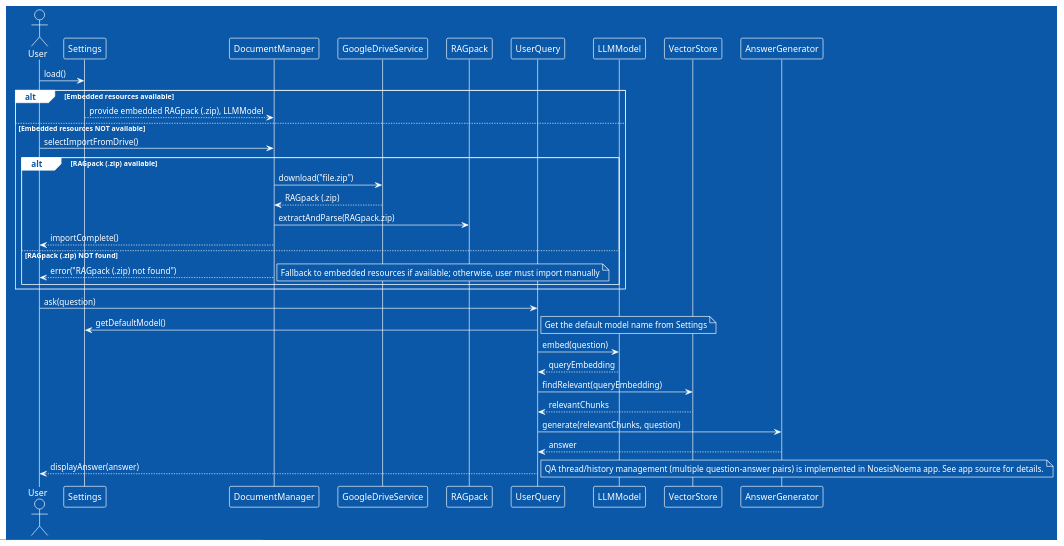
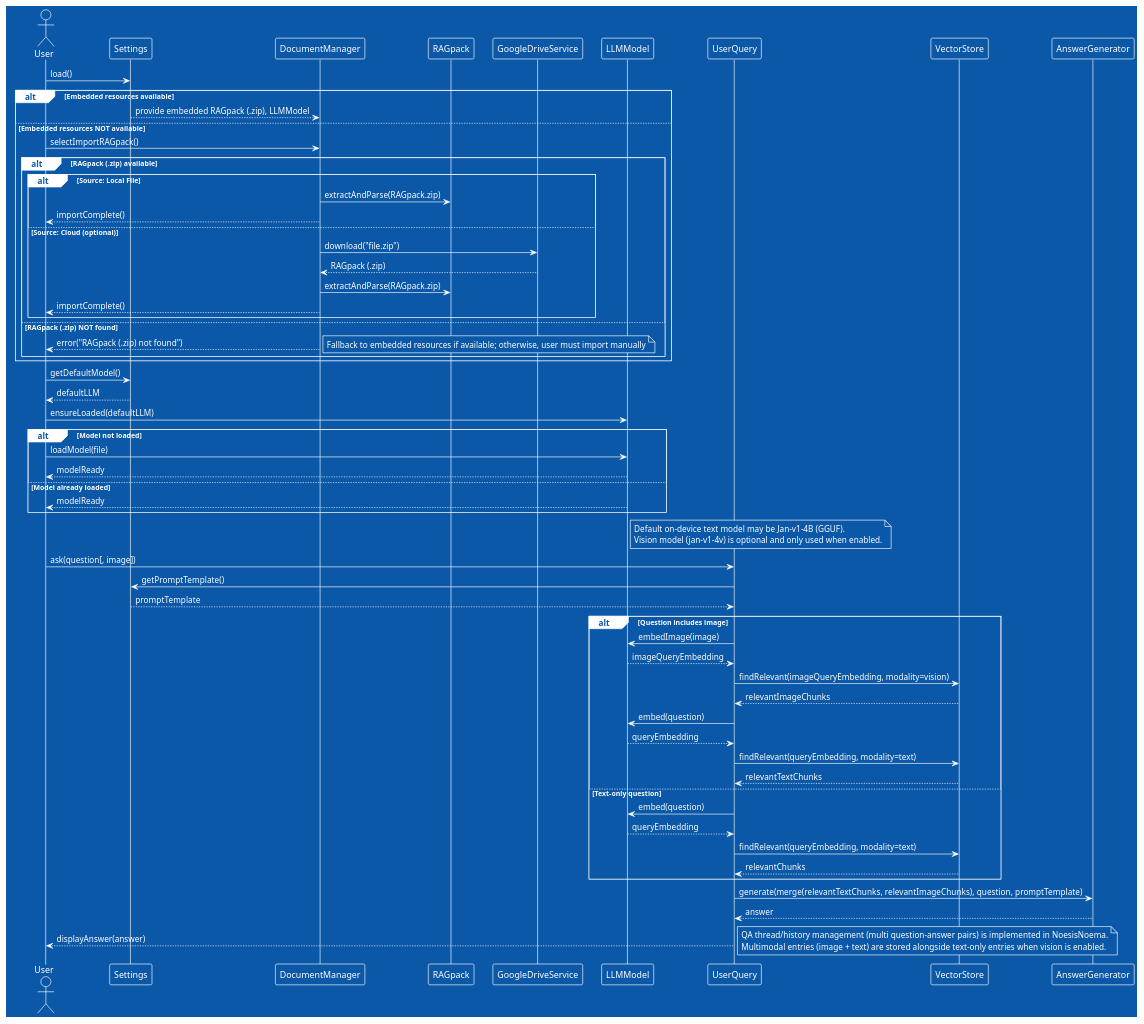
The diagram in docs/uml/SequenceDiagram.puml (raskolnikoff/RAGfish), drawn with PlantUML before and after one commit. The commit also changed 15 other files, not shown here.

```diff
--- a/docs/uml/SequenceDiagram.puml
+++ b/docs/uml/SequenceDiagram.puml
@@ -1,36 +1,69 @@
 @startuml
 !theme amiga
 actor User
 
 User -> Settings : load()
 alt Embedded resources available
     Settings --> DocumentManager : provide embedded RAGpack (.zip), LLMModel
 else Embedded resources NOT available
-    User -> DocumentManager : selectImportFromDrive()
+    User -> DocumentManager : selectImportRAGpack()
 
     alt RAGpack (.zip) available
-        DocumentManager -> GoogleDriveService : download("file.zip")
-        GoogleDriveService --> DocumentManager : RAGpack (.zip)
-        DocumentManager -> RAGpack : extractAndParse(RAGpack.zip)
-        DocumentManager --> User : importComplete()
+        alt Source: Local File
+            DocumentManager -> RAGpack : extractAndParse(RAGpack.zip)
+            DocumentManager --> User : importComplete()
+        else Source: Cloud (optional)
+            DocumentManager -> GoogleDriveService : download("file.zip")
+            GoogleDriveService --> DocumentManager : RAGpack (.zip)
+            DocumentManager -> RAGpack : extractAndParse(RAGpack.zip)
+            DocumentManager --> User : importComplete()
+        end
     else RAGpack (.zip) NOT found
         DocumentManager --> User : error("RAGpack (.zip) not found")
         note right: Fallback to embedded resources if available; otherwise, user must import manually
     end
 end
 
-User -> UserQuery : ask(question)
-UserQuery -> Settings : getDefaultModel()
-note right: Get the default model name from Settings
-UserQuery -> LLMModel : embed(question)
-LLMModel --> UserQuery : queryEmbedding
+' Ensure LLM model is ready (default text model, optional vision model)
+User -> Settings : getDefaultModel()
+Settings --> User : defaultLLM
+User -> LLMModel : ensureLoaded(defaultLLM)
+alt Model not loaded
+    User -> LLMModel : loadModel(file)
+    LLMModel --> User : modelReady
+else Model already loaded
+    LLMModel --> User : modelReady
+end
+note right of LLMModel
+  Default on-device text model may be Jan‑v1‑4B (GGUF).
+  Vision model (jan‑v1‑4v) is optional and only used when enabled.
+end note
 
-UserQuery -> VectorStore : findRelevant(queryEmbedding)
-VectorStore --> UserQuery : relevantChunks
+User -> UserQuery : ask(question[, image])
+UserQuery -> Settings : getPromptTemplate()
+Settings --> UserQuery : promptTemplate
+alt Question includes image
+    UserQuery -> LLMModel : embedImage(image)
+    LLMModel --> UserQuery : imageQueryEmbedding
+    UserQuery -> VectorStore : findRelevant(imageQueryEmbedding, modality=vision)
+    VectorStore --> UserQuery : relevantImageChunks
+    UserQuery -> LLMModel : embed(question)
+    LLMModel --> UserQuery : queryEmbedding
+    UserQuery -> VectorStore : findRelevant(queryEmbedding, modality=text)
+    VectorStore --> UserQuery : relevantTextChunks
+else Text-only question
+    UserQuery -> LLMModel : embed(question)
+    LLMModel --> UserQuery : queryEmbedding
+    UserQuery -> VectorStore : findRelevant(queryEmbedding, modality=text)
+    VectorStore --> UserQuery : relevantChunks
+end
 
-UserQuery -> AnswerGenerator : generate(relevantChunks, question)
+UserQuery -> AnswerGenerator : generate(merge(relevantTextChunks, relevantImageChunks), question, promptTemplate)
 AnswerGenerator --> UserQuery : answer
 
 UserQuery --> User : displayAnswer(answer)
-note right: QA thread/history management (multiple question-answer pairs) is implemented in NoesisNoema app. See app source for details.
+note right
+  QA thread/history management (multi question-answer pairs) is implemented in NoesisNoema.
+  Multimodal entries (image + text) are stored alongside text-only entries when vision is enabled.
+end note
 @enduml
```
